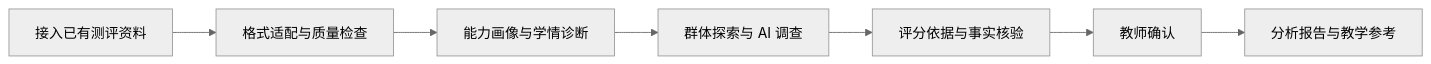
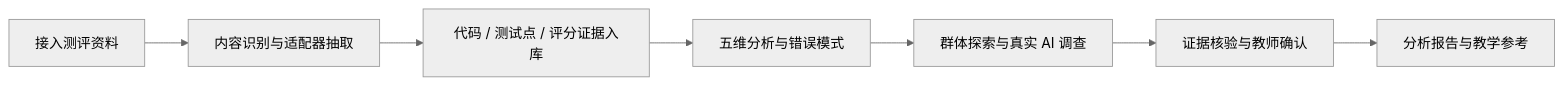
The first of 2 diagrams in README.md (ZAMYL/weiran-edu), drawn with Mermaid (neutral theme) before and after one commit. The commit also changed other lines of this file and 3 other files, not shown here.

````diff
--- a/README.md
+++ b/README.md
@@ -50,9 +51,9 @@
 ```mermaid
 flowchart LR
-    A["接入已有测评资料"] --> B["格式适配与质量检查"]
-    B --> C["能力画像与学情诊断"]
-    C --> D["群体探索与 AI 调查"]
-    D --> E["评分依据与事实核验"]
-    E --> F["教师确认"]
+    A["接入测评资料"] --> B["内容识别与适配器抽取"]
+    B --> C["代码 / 测试点 / 评分证据入库"]
+    C --> D["五维分析与错误模式"]
+    D --> E["群体探索与真实 AI 调查"]
+    E --> F["证据核验与教师确认"]
     F --> G["分析报告与教学参考"]
 ```
````
